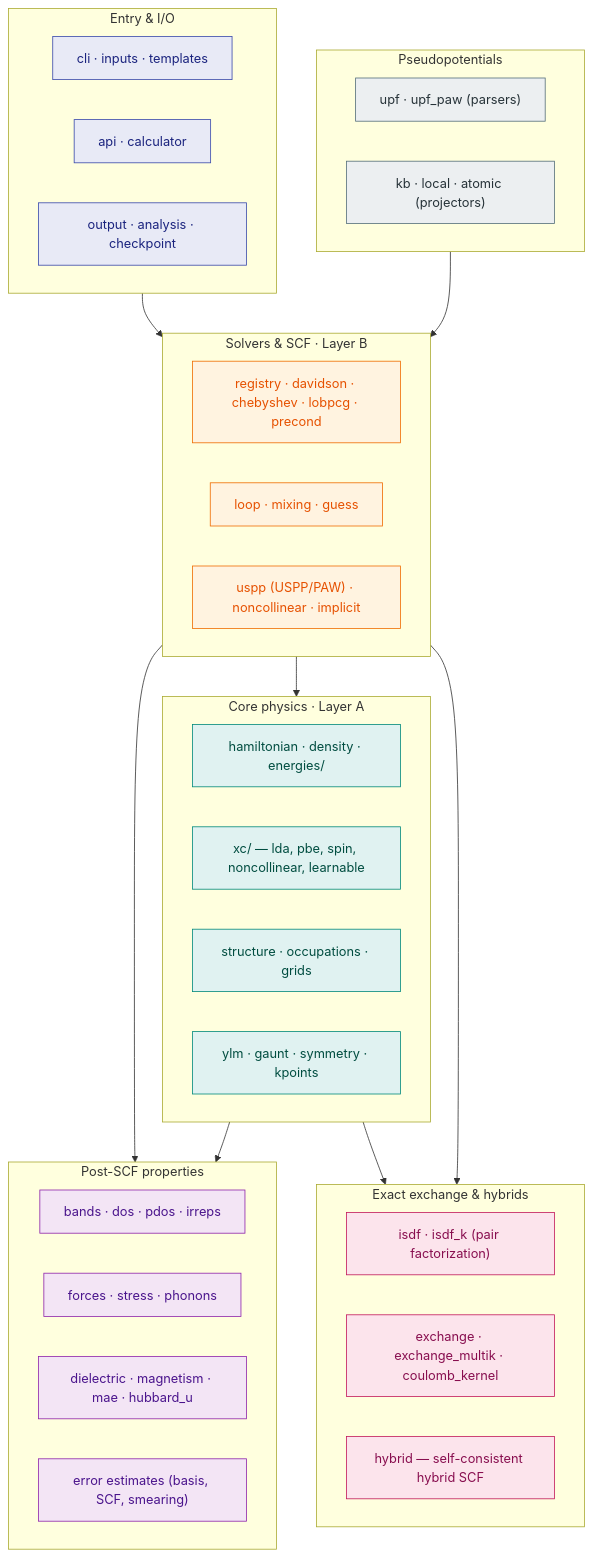
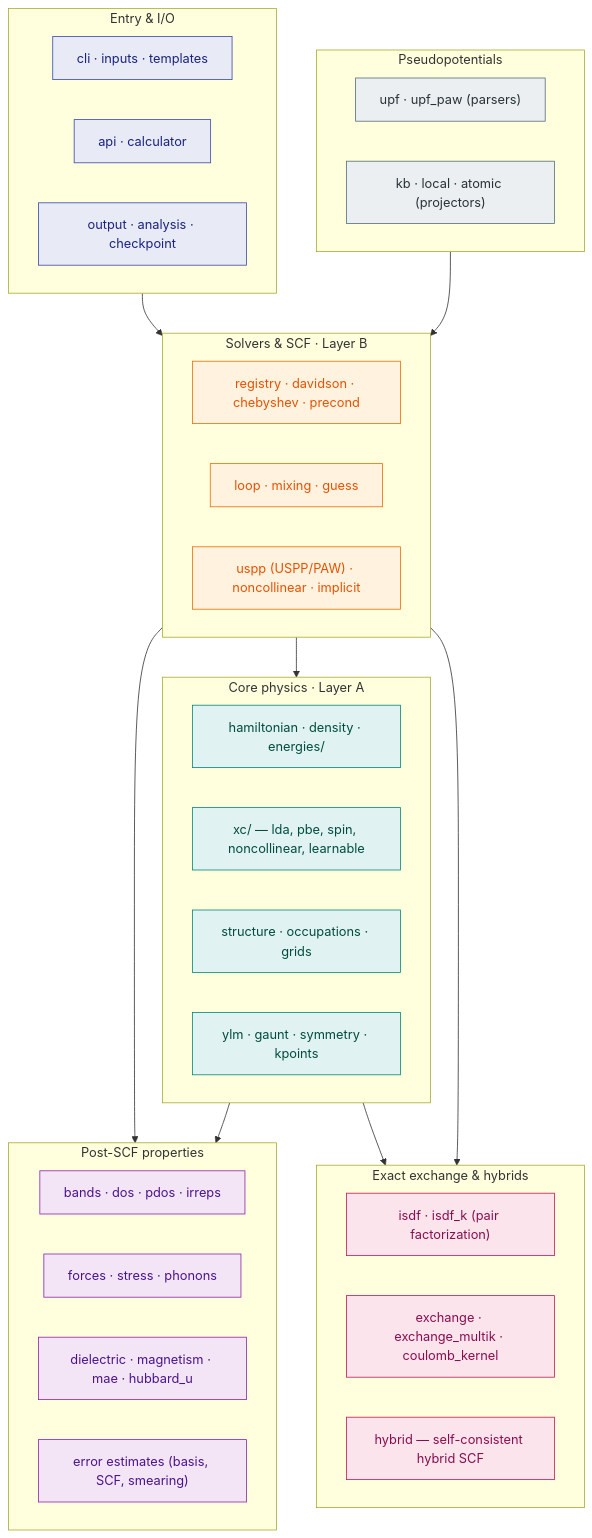
One commit to wladerer/gradwave changed the second of 4 diagrams in docs/manual/architecture.md. Above: the diagram before and after it, drawn with Mermaid. The commit also changed other lines of this file and 6 other files, not shown here.

````diff
--- a/docs/manual/architecture.md
+++ b/docs/manual/architecture.md
@@ -77,66 +77,66 @@
 ```mermaid
 flowchart TB
     subgraph io["Entry & I/O"]
         direction LR
         i1["cli · inputs · templates"]
         i2["api · calculator"]
         i3["output · analysis · checkpoint"]
     end
 
     subgraph phys["Core physics · Layer A"]
         direction LR
         p1["hamiltonian · density · energies/"]
         p2["xc/ — lda, pbe, spin, noncollinear, learnable"]
         p3["structure · occupations · grids"]
         p4["ylm · gaunt · symmetry · kpoints"]
     end
 
     subgraph pp["Pseudopotentials"]
         direction LR
         pp1["upf · upf_paw (parsers)"]
         pp2["kb · local · atomic (projectors)"]
     end
 
     subgraph solve["Solvers & SCF · Layer B"]
         direction LR
-        s1["registry · davidson · chebyshev · lobpcg · precond"]
+        s1["registry · davidson · chebyshev · precond"]
         s2["loop · mixing · guess"]
         s3["uspp (USPP/PAW) · noncollinear · implicit"]
     end
 
     subgraph props["Post-SCF properties"]
         direction LR
         r1["bands · dos · pdos · irreps"]
         r2["forces · stress · phonons"]
         r3["dielectric · magnetism · mae · hubbard_u"]
         r4["error estimates (basis, SCF, smearing)"]
     end
 
     subgraph hyb["Exact exchange & hybrids"]
         direction LR
         h1["isdf · isdf_k (pair factorization)"]
         h2["exchange · exchange_multik · coulomb_kernel"]
         h3["hybrid — self-consistent hybrid SCF"]
     end
 
     io --> solve
     pp --> solve
     solve --> phys
     solve --> props
     phys --> props
     phys --> hyb
     solve --> hyb
 
     classDef ioc fill:#e8eaf6,stroke:#3949ab,color:#1a237e;
     classDef physc fill:#e0f2f1,stroke:#00897b,color:#004d40;
     classDef ppc fill:#eceff1,stroke:#546e7a,color:#263238;
     classDef solvec fill:#fff3e0,stroke:#ef6c00,color:#e65100;
     classDef propsc fill:#f3e5f5,stroke:#8e24aa,color:#4a148c;
     classDef hybc fill:#fce4ec,stroke:#c2185b,color:#880e4f;
     class i1,i2,i3 ioc;
     class p1,p2,p3,p4 physc;
     class pp1,pp2 ppc;
     class s1,s2,s3 solvec;
     class r1,r2,r3,r4 propsc;
     class h1,h2,h3 hybc;
 ```
````
